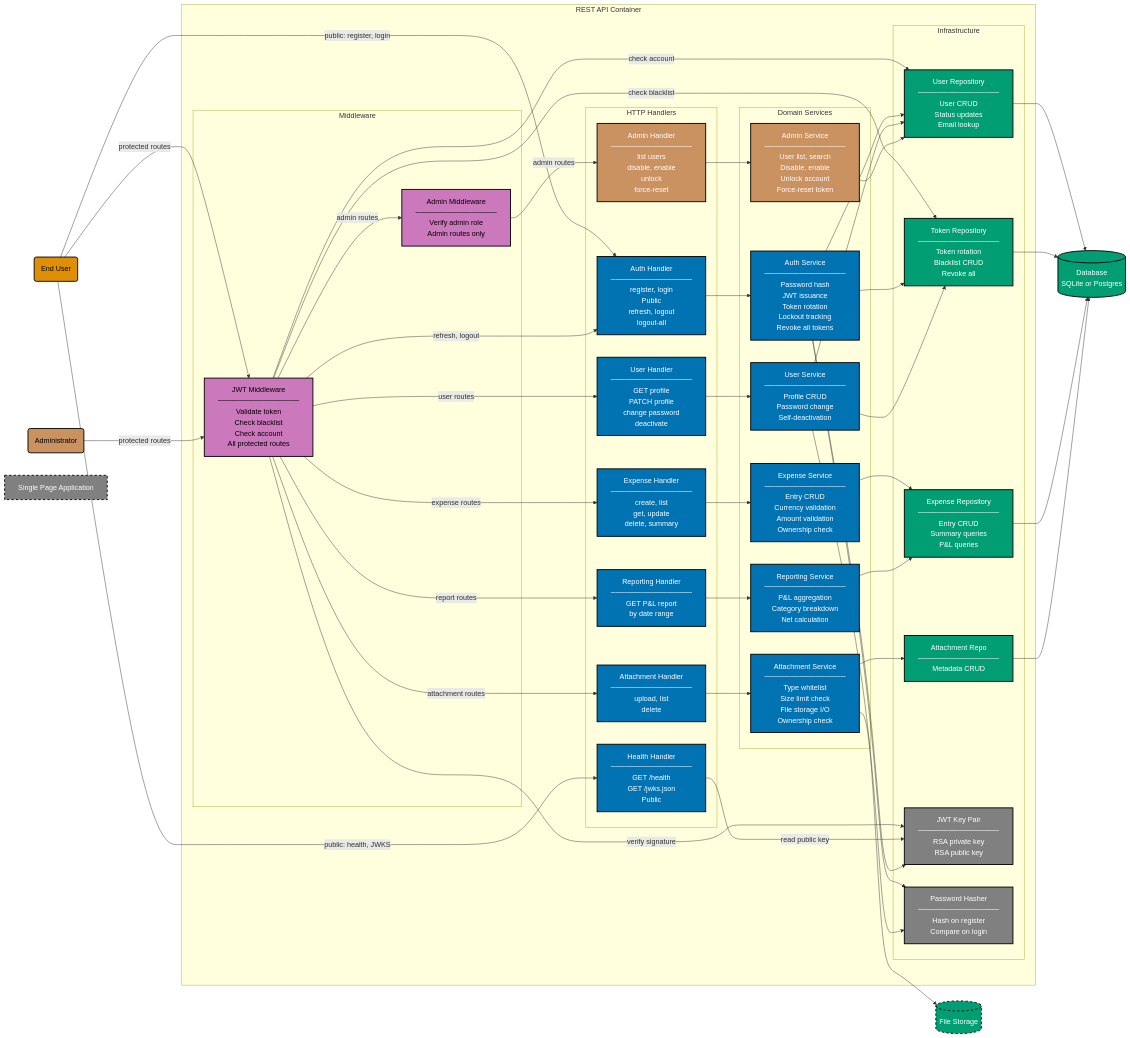
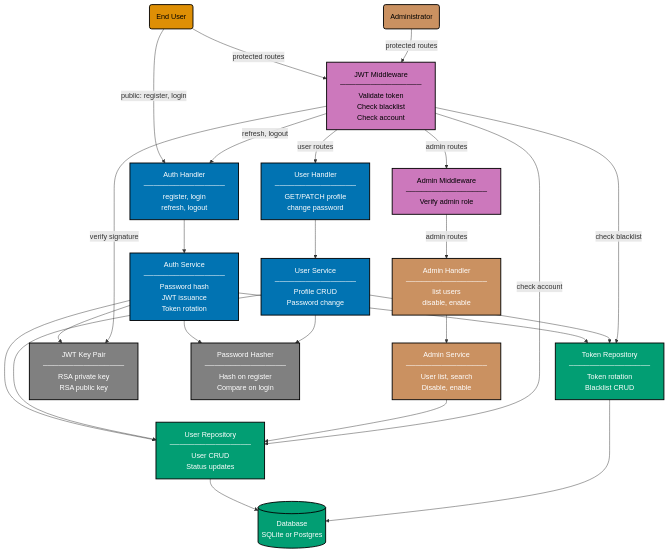
One commit to wahidyankf/ose-primer changed the first of 2 diagrams in specs/apps/crud/components/be/component-be.md. Above: the diagram before and after it, drawn with Mermaid. The commit also changed other lines of this file and 5 other files, not shown here.

First line of the commit message:
docs: fix over-wide and over-long mermaid state diagrams

````diff
--- a/specs/apps/crud/components/be/component-be.md
+++ b/specs/apps/crud/components/be/component-be.md
@@ -11,82 +15,33 @@
 ```mermaid
-%% Color Palette: Blue #0173B2 | Orange #DE8F05 | Teal #029E73 | Purple #CC78BC | Brown #CA9161 | Gray #808080
-graph LR
+%% Color Palette: Blue #0173B2 | Teal #029E73 | Purple #CC78BC | Brown #CA9161 | Gray #808080
+graph TB
     EU("End User"):::actor
     ADM("Administrator"):::actor_admin
 
-    subgraph RESTAPI["REST API Container"]
-
-        subgraph LAYER1["HTTP Handlers"]
-            HH["Health Handler<br/>────────────────<br/>GET /health<br/>GET /jwks.json<br/>Public"]:::handler
-            AH["Auth Handler<br/>────────────────<br/>register, login<br/>Public<br/>refresh, logout<br/>logout-all"]:::handler
-            UH["User Handler<br/>────────────────<br/>GET profile<br/>PATCH profile<br/>change password<br/>deactivate"]:::handler
-            ADMH["Admin Handler<br/>────────────────<br/>list users<br/>disable, enable<br/>unlock<br/>force-reset"]:::handler_admin
-            EH["Expense Handler<br/>────────────────<br/>create, list<br/>get, update<br/>delete, summary"]:::handler
-            RPH["Reporting Handler<br/>────────────────<br/>GET P&L report<br/>by date range"]:::handler
-            ATH["Attachment Handler<br/>────────────────<br/>upload, list<br/>delete"]:::handler
-        end
-
-        subgraph LAYER2["Middleware"]
-            JWTMW["JWT Middleware<br/>────────────────<br/>Validate token<br/>Check blacklist<br/>Check account<br/>All protected routes"]:::middleware
-            ADMINMW["Admin Middleware<br/>────────────────<br/>Verify admin role<br/>Admin routes only"]:::middleware
-        end
-
-        subgraph LAYER3["Domain Services"]
-            AS["Auth Service<br/>────────────────<br/>Password hash<br/>JWT issuance<br/>Token rotation<br/>Lockout tracking<br/>Revoke all tokens"]:::service
-            US["User Service<br/>────────────────<br/>Profile CRUD<br/>Password change<br/>Self-deactivation"]:::service
-            ADMS["Admin Service<br/>────────────────<br/>User list, search<br/>Disable, enable<br/>Unlock account<br/>Force-reset token"]:::service_admin
-            ES["Expense Service<br/>────────────────<br/>Entry CRUD<br/>Currency validation<br/>Amount validation<br/>Ownership check"]:::service
-            RS["Reporting Service<br/>────────────────<br/>P&L aggregation<br/>Category breakdown<br/>Net calculation"]:::service
-            ATS["Attachment Service<br/>────────────────<br/>Type whitelist<br/>Size limit check<br/>File storage I/O<br/>Ownership check"]:::service
-        end
-
-        subgraph LAYER4["Infrastructure"]
-            UR["User Repository<br/>────────────────<br/>User CRUD<br/>Status updates<br/>Email lookup"]:::repo
-            TR["Token Repository<br/>────────────────<br/>Token rotation<br/>Blacklist CRUD<br/>Revoke all"]:::repo
-            ER["Expense Repository<br/>────────────────<br/>Entry CRUD<br/>Summary queries<br/>P&L queries"]:::repo
-            AR["Attachment Repo<br/>────────────────<br/>Metadata CRUD"]:::repo
-            KP["JWT Key Pair<br/>────────────────<br/>RSA private key<br/>RSA public key"]:::infra
-            PH["Password Hasher<br/>────────────────<br/>Hash on register<br/>Compare on login"]:::infra
-        end
-
-    end
-
-    DB[("Database<br/>SQLite or Postgres")]:::datastore
-    FS[("File Storage")]:::filestorage
-    FE["Single Page Application"]:::external
-
-    %% Public entry points — bypass JWT Middleware
     EU -->|"public: register, login"| AH
-    EU -->|"public: health, JWKS"| HH
-
-    %% Protected entry points — through JWT Middleware
     EU -->|"protected routes"| JWTMW
     ADM -->|"protected routes"| JWTMW
 
-    %% Middleware routing
+    JWTMW["JWT Middleware<br/>────────────────<br/>Validate token<br/>Check blacklist<br/>Check account"]:::middleware
+    JWTMW -->|"refresh, logout"| AH
     JWTMW -->|"user routes"| UH
-    JWTMW -->|"expense routes"| EH
-    JWTMW -->|"report routes"| RPH
-    JWTMW -->|"attachment routes"| ATH
-    JWTMW -->|"refresh, logout"| AH
     JWTMW -->|"admin routes"| ADMINMW
+
+    AH["Auth Handler<br/>────────────────<br/>register, login<br/>refresh, logout"]:::handler
+    UH["User Handler<br/>────────────────<br/>GET/PATCH profile<br/>change password"]:::handler
+    ADMINMW["Admin Middleware<br/>────────────────<br/>Verify admin role"]:::middleware
     ADMINMW -->|"admin routes"| ADMH
 
-    %% Middleware checks infrastructure
-    JWTMW -->|"verify signature"| KP
-    JWTMW -->|"check blacklist"| TR
-    JWTMW -->|"check account"| UR
+    ADMH["Admin Handler<br/>────────────────<br/>list users<br/>disable, enable"]:::handler_admin
 
-    %% Handlers → Services
     AH --> AS
     UH --> US
     ADMH --> ADMS
-    EH --> ES
-    RPH --> RS
-    ATH --> ATS
-    HH -->|"read public key"| KP
 
-    %% Services → Repositories and shared infrastructure
+    AS["Auth Service<br/>────────────────<br/>Password hash<br/>JWT issuance<br/>Token rotation"]:::service
+    US["User Service<br/>────────────────<br/>Profile CRUD<br/>Password change"]:::service
+    ADMS["Admin Service<br/>────────────────<br/>User list, search<br/>Disable, enable"]:::service_admin
+
     AS --> UR
     AS --> TR
     AS --> KP
@@ -95,18 +50,19 @@
     US --> TR
     US --> PH
     ADMS --> UR
-    ES --> ER
-    RS --> ER
-    ATS --> AR
+    JWTMW -->|"verify signature"| KP
+    JWTMW -->|"check blacklist"| TR
+    JWTMW -->|"check account"| UR
 
-    %% Repositories → Database
+    UR["User Repository<br/>────────────────<br/>User CRUD<br/>Status updates"]:::repo
+    TR["Token Repository<br/>────────────────<br/>Token rotation<br/>Blacklist CRUD"]:::repo
+    KP["JWT Key Pair<br/>────────────────<br/>RSA private key<br/>RSA public key"]:::infra
+    PH["Password Hasher<br/>────────────────<br/>Hash on register<br/>Compare on login"]:::infra
+
     UR --> DB
     TR --> DB
-    ER --> DB
-    AR --> DB
 
-    %% Attachment Service → File Storage
-    ATS --> FS
+    DB[("Database<br/>SQLite or Postgres")]:::datastore
 
     classDef actor fill:#DE8F05,stroke:#000000,color:#000000,stroke-width:2px
     classDef actor_admin fill:#CA9161,stroke:#000000,color:#000000,stroke-width:2px
@@ -118,6 +74,4 @@
     classDef repo fill:#029E73,stroke:#000000,color:#FFFFFF,stroke-width:2px
     classDef infra fill:#808080,stroke:#000000,color:#FFFFFF,stroke-width:2px
     classDef datastore fill:#029E73,stroke:#000000,color:#FFFFFF,stroke-width:2px
-    classDef filestorage fill:#029E73,stroke:#000000,color:#FFFFFF,stroke-width:2px,stroke-dasharray:5 5
-    classDef external fill:#808080,stroke:#000000,color:#FFFFFF,stroke-width:2px,stroke-dasharray:5 5
 ```
````
